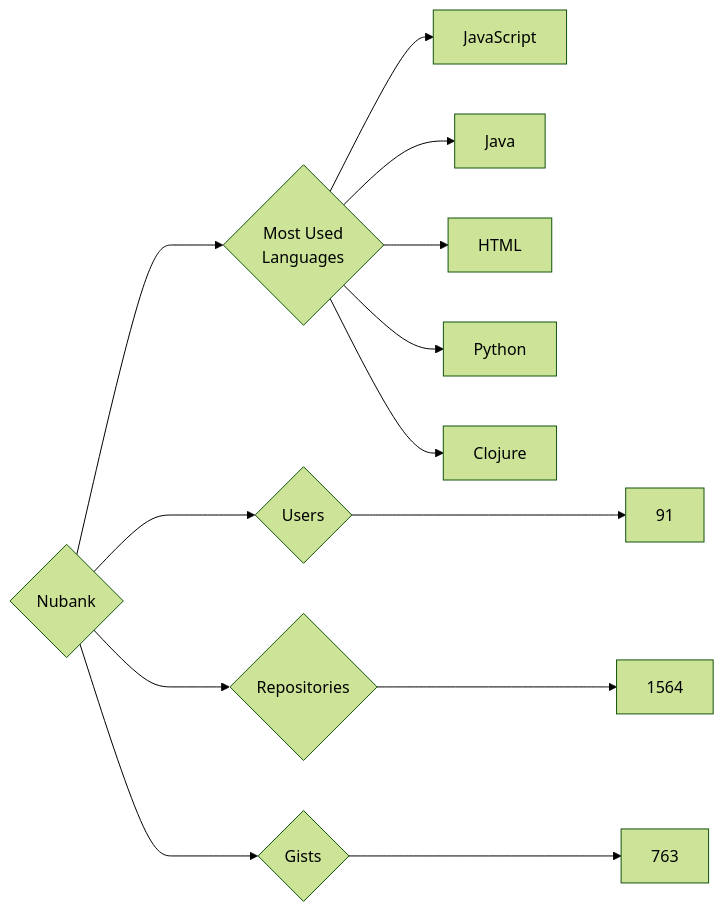
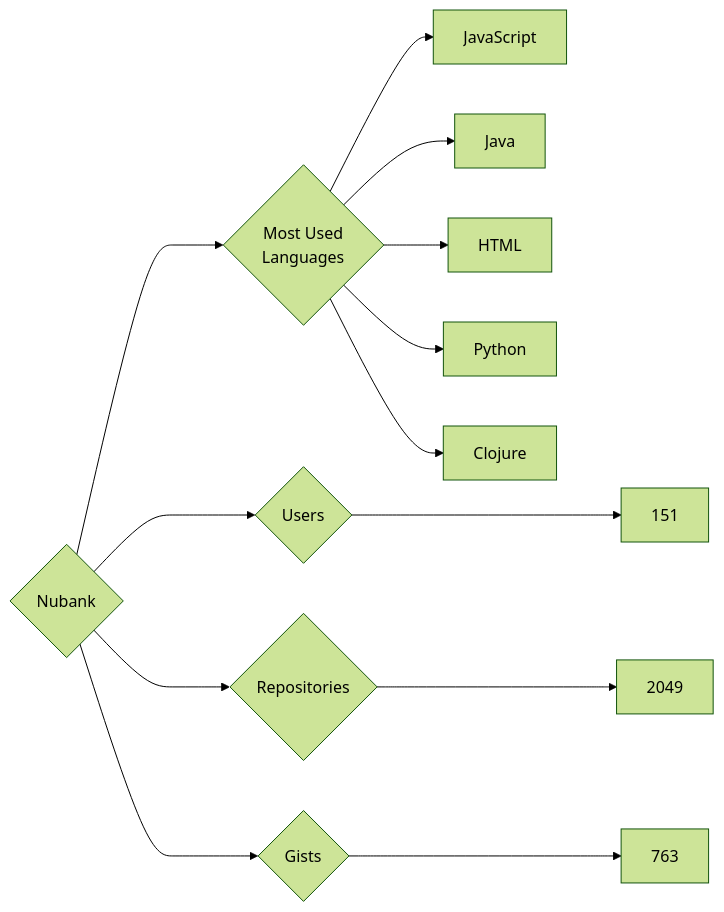
One commit to trickest/insiders changed the diagram in targets/Nubank/README.md. Above: the diagram before and after it, drawn with Mermaid (forest theme). The commit also changed 681 other files, not shown here.

````diff
--- a/targets/Nubank/README.md
+++ b/targets/Nubank/README.md
@@ -3,13 +3,13 @@
 ```mermaid
 graph LR
 COMPANY_NAME{Nubank}
-COMPANY_NAME ---> U{Users} ---> UN[91]
-COMPANY_NAME ---> R{Repositories} ---> RN[1564]
+COMPANY_NAME ---> U{Users} ---> UN[151]
+COMPANY_NAME ---> R{Repositories} ---> RN[2049]
 COMPANY_NAME ---> G{Gists} ---> GN[763]
 COMPANY_NAME ---> ML{Most Used<br>Languages}
 ML --> JavaScript[JavaScript]
 ML --> Java[Java]
 ML --> HTML[HTML]
 ML --> Python[Python]
 ML --> Clojure[Clojure]
 ```
````
